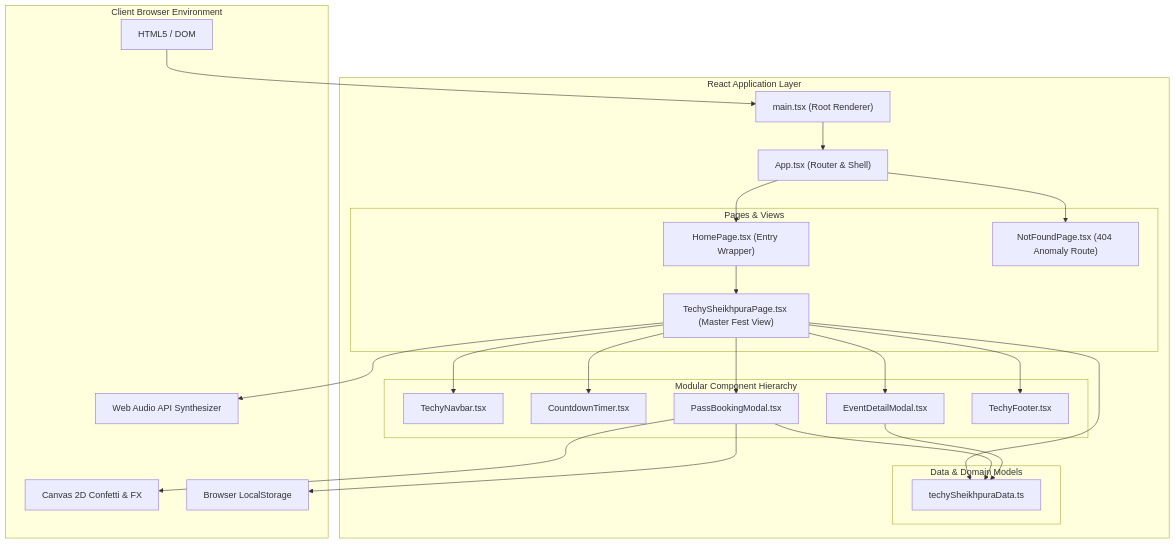
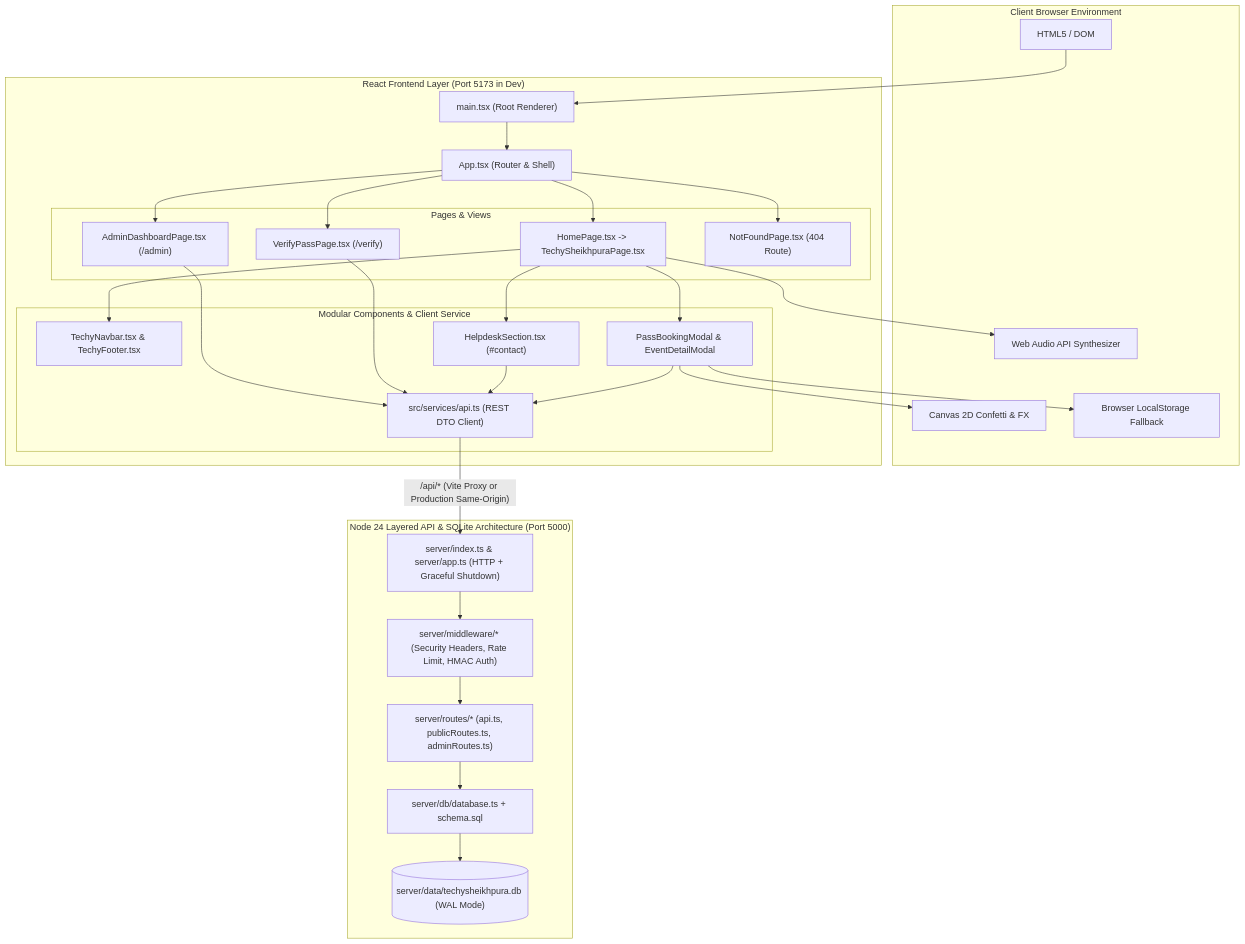
The first of 2 diagrams in docs/ARCHITECTURE.md (Dilkhushkumardev/TechySheikhpura), drawn with Mermaid before and after one commit. The commit also changed other lines of this file and 44 other files, not shown here.

````diff
--- a/docs/ARCHITECTURE.md
+++ b/docs/ARCHITECTURE.md
@@ -14,49 +14,45 @@
 ```mermaid
 flowchart TD
     subgraph Browser["Client Browser Environment"]
         DOM["HTML5 / DOM"]
         AudioAPI["Web Audio API Synthesizer"]
         CanvasEngine["Canvas 2D Confetti & FX"]
-        Storage["Browser LocalStorage"]
+        Storage["Browser LocalStorage Fallback"]
     end
 
-    subgraph AppLayer["React Application Layer"]
+    subgraph AppLayer["React Frontend Layer (Port 5173 in Dev)"]
         Root["main.tsx (Root Renderer)"]
         AppComp["App.tsx (Router & Shell)"]
 
         subgraph Pages["Pages & Views"]
-            Home["HomePage.tsx (Entry Wrapper)"]
-            Master["TechySheikhpuraPage.tsx (Master Fest View)"]
-            NotFound["NotFoundPage.tsx (404 Anomaly Route)"]
+            Home["HomePage.tsx -> TechySheikhpuraPage.tsx"]
+            Verify["VerifyPassPage.tsx (/verify)"]
+            Admin["AdminDashboardPage.tsx (/admin)"]
+            NotFound["NotFoundPage.tsx (404 Route)"]
         end
 
-        subgraph Components["Modular Component Hierarchy"]
-            Nav["TechyNavbar.tsx"]
-            Timer["CountdownTimer.tsx"]
-            PassModal["PassBookingModal.tsx"]
-            EventModal["EventDetailModal.tsx"]
-            Footer["TechyFooter.tsx"]
-        end
-
-        subgraph DataLayer["Data & Domain Models"]
-            FestData["techySheikhpuraData.ts"]
+        subgraph Components["Modular Components & Client Service"]
+            Nav["TechyNavbar.tsx & TechyFooter.tsx"]
+            Modals["PassBookingModal & EventDetailModal"]
+            Helpdesk["HelpdeskSection.tsx (#contact)"]
+            ApiClient["src/services/api.ts (REST DTO Client)"]
         end
     end
 
-    DOM --> Root
-    Root --> AppComp
-    AppComp --> Home
-    AppComp --> NotFound
-    Home --> Master
-    Master --> Nav
-    Master --> Timer
-    Master --> PassModal
-    Master --> EventModal
-    Master --> Footer
-    Master --> FestData
-    PassModal --> FestData
-    EventModal --> FestData
-    PassModal --> Storage
-    PassModal --> CanvasEngine
-    Master --> AudioAPI
+    subgraph BackendLayer["Node 24 Layered API & SQLite Architecture (Port 5000)"]
+        HttpServer["server/index.ts & server/app.ts (HTTP + Graceful Shutdown)"]
+        Middleware["server/middleware/* (Security Headers, Rate Limit, HMAC Auth)"]
+        RouterAPI["server/routes/* (api.ts, publicRoutes.ts, adminRoutes.ts)"]
+        DbLayer["server/db/database.ts + schema.sql"]
+        SqliteFile[("server/data/techysheikhpura.db (WAL Mode)")]
+    end
+
+    DOM --> Root --> AppComp
+    AppComp --> Home & Verify & Admin & NotFound
+    Home --> Nav & Modals & Helpdesk
+    Modals & Helpdesk & Verify & Admin --> ApiClient
+    ApiClient -->|"/api/* (Vite Proxy or Production Same-Origin)"| HttpServer
+    HttpServer --> Middleware --> RouterAPI --> DbLayer --> SqliteFile
+    Modals --> Storage & CanvasEngine
+    Home --> AudioAPI
 ```
````
